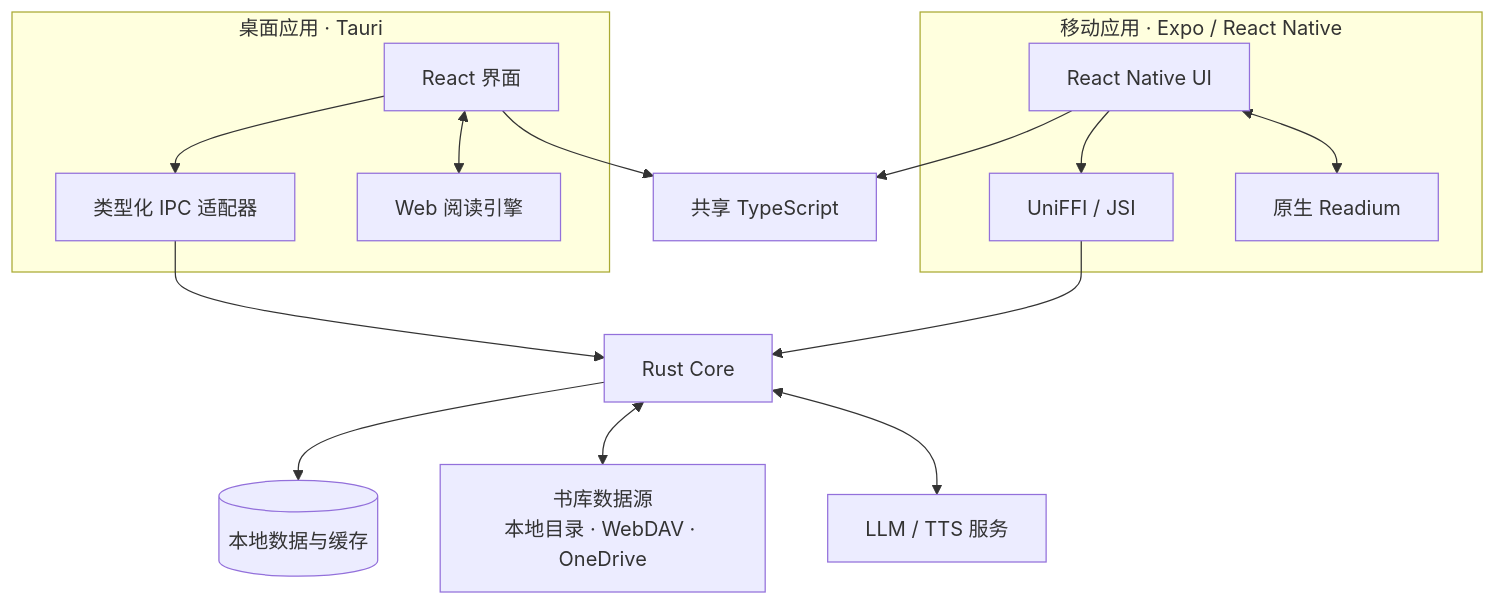
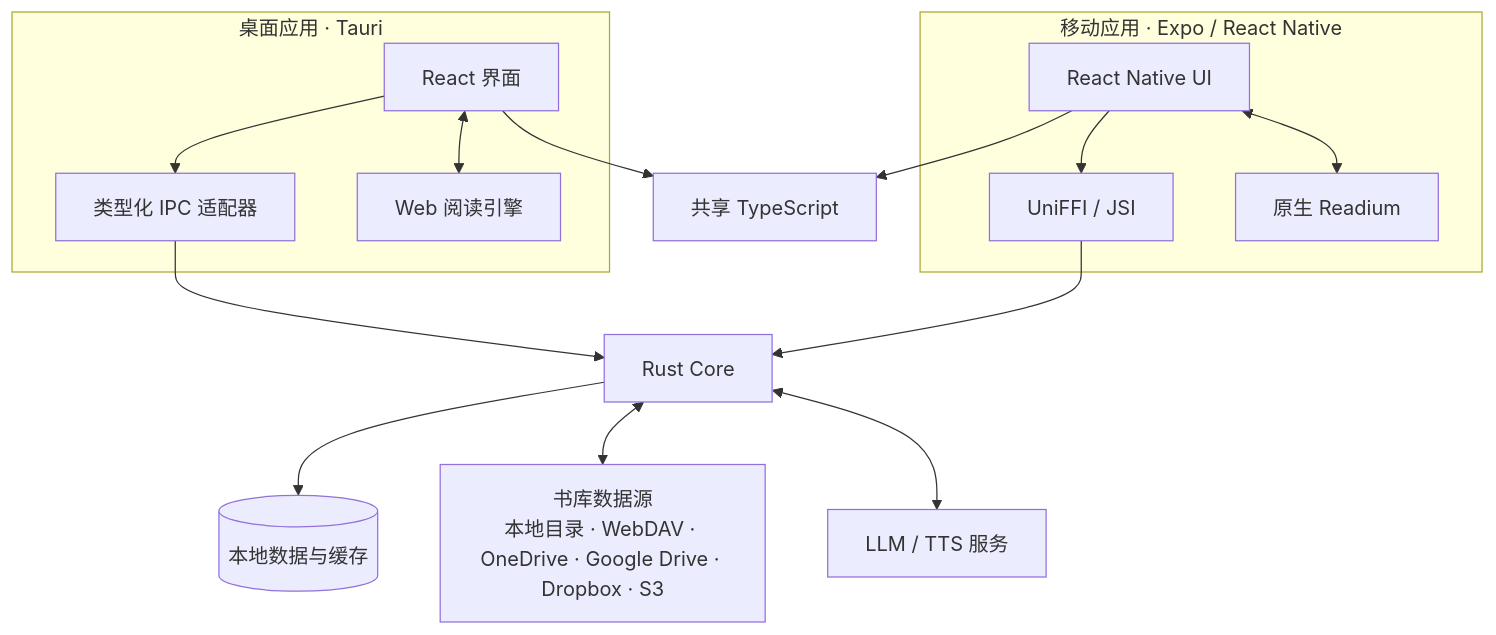
Before and after one commit to RyouMon/MyReader: the first of 7 diagrams in docs/ARCHITECTURE.md, drawn with Mermaid. The commit also changed other lines of this file and 257 other files, not shown here.

First line of the commit message:
feat(cloud): add Google Drive, Dropbox and S3 (#145)

````diff
--- a/docs/ARCHITECTURE.md
+++ b/docs/ARCHITECTURE.md
@@ -12,29 +12,29 @@
 ```mermaid
 flowchart TB
     subgraph Desktop["桌面应用 · Tauri"]
         DUI["React 界面"]
         DBridge["类型化 IPC 适配器"]
         DReader["Web 阅读引擎"]
         DUI --> DBridge
         DUI <--> DReader
     end
     subgraph Mobile["移动应用 · Expo / React Native"]
         MUI["React Native UI"]
         MBridge["UniFFI / JSI"]
         MReader["原生 Readium"]
         MUI --> MBridge
         MUI <--> MReader
     end
     Shared["共享 TypeScript"]
     Core["Rust Core"]
     Local[("本地数据与缓存")]
-    Sources["书库数据源<br/>本地目录 · WebDAV · OneDrive"]
+    Sources["书库数据源<br/>本地目录 · WebDAV · OneDrive · Google Drive · Dropbox · S3"]
     AI["LLM / TTS 服务"]
     DUI --> Shared
     MUI --> Shared
     DBridge --> Core
     MBridge --> Core
     Core --> Local
     Core <--> Sources
     Core <--> AI
 ```
````
